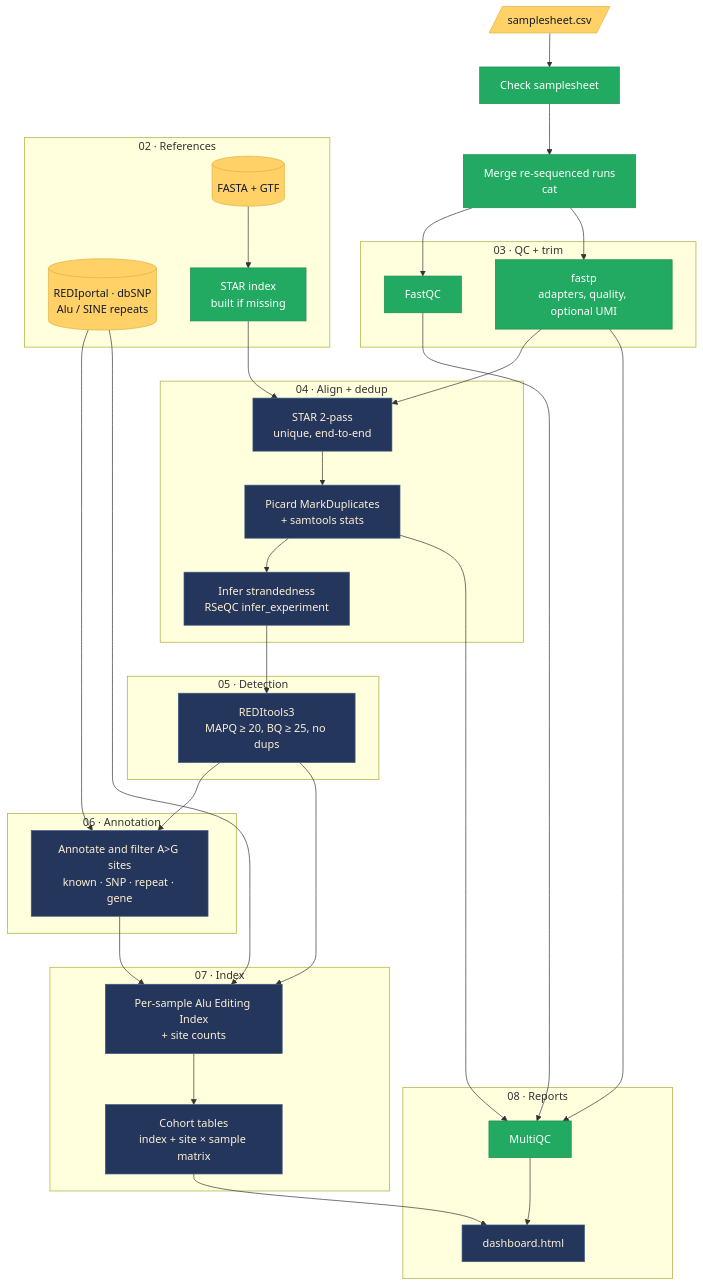
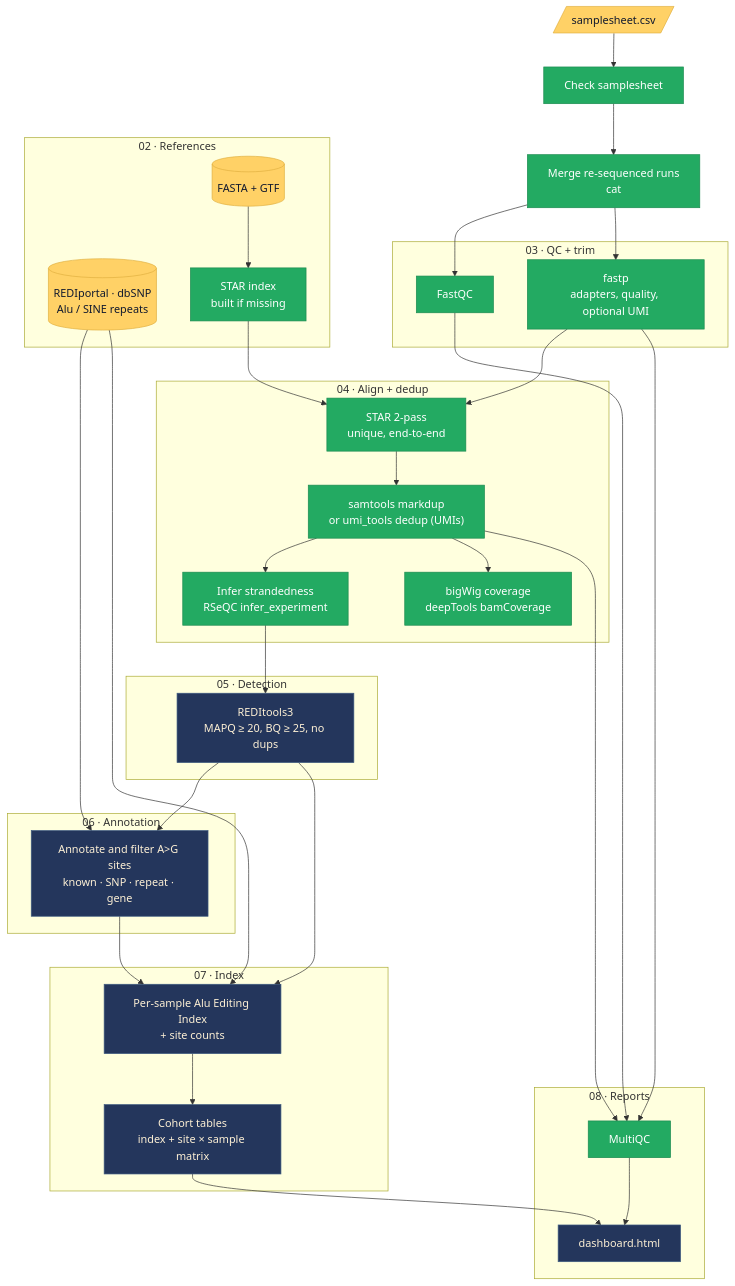
The diagram in README.md (bioinfo-fiend/adarable), drawn with Mermaid before and after one commit. The commit also changed other lines of this file and 14 other files, not shown here.

First line of the commit message:
Phase 04: STAR 2-pass, dedup, strandedness, bigWigs

````diff
--- a/README.md
+++ b/README.md
@@ -19,64 +19,66 @@
 ```mermaid
 flowchart TD
     sheet[/"samplesheet.csv"/] --> check["Check samplesheet"]
     check --> cat["Merge re-sequenced runs<br/>cat"]
 
     subgraph qc ["03 · QC + trim"]
         fastqc["FastQC"]
         fastp["fastp<br/>adapters, quality, optional UMI"]
     end
     cat --> fastqc
     cat --> fastp
 
     subgraph refs ["02 · References"]
         fasta[("FASTA + GTF")]
         known[("REDIportal · dbSNP<br/>Alu / SINE repeats")]
         index["STAR index<br/>built if missing"]
     end
     fasta --> index
 
     subgraph align ["04 · Align + dedup"]
         star["STAR 2-pass<br/>unique, end-to-end"]
-        markdup["Picard MarkDuplicates<br/>+ samtools stats"]
+        markdup["samtools markdup<br/>or umi_tools dedup (UMIs)"]
+        bigwig["bigWig coverage<br/>deepTools bamCoverage"]
         strand["Infer strandedness<br/>RSeQC infer_experiment"]
     end
     fastp --> star
     index --> star
     star --> markdup --> strand
+    markdup --> bigwig
 
     subgraph detect ["05 · Detection"]
         redi["REDItools3<br/>MAPQ ≥ 20, BQ ≥ 25, no dups"]
     end
     strand --> redi
 
     subgraph annot ["06 · Annotation"]
         ann["Annotate and filter A>G sites<br/>known · SNP · repeat · gene"]
     end
     redi --> ann
     known --> ann
 
     subgraph index_ ["07 · Index"]
         aei["Per-sample Alu Editing Index<br/>+ site counts"]
         cohort["Cohort tables<br/>index + site × sample matrix"]
     end
     redi --> aei
     known --> aei
     ann --> aei --> cohort
 
     subgraph report ["08 · Reports"]
         mqc["MultiQC"]
         dash["dashboard.html"]
     end
     fastqc --> mqc
     fastp --> mqc
     markdup --> mqc
     cohort --> dash
     mqc --> dash
 
     classDef done fill:#23aa62,stroke:#1b8a4f,color:#fff
     classDef todo fill:#24365c,stroke:#3d5a80,color:#fdf0d5
     classDef data fill:#ffd166,stroke:#e0b040,color:#11192e
-    class check,cat,index,fastqc,fastp,mqc done
-    class star,markdup,strand,redi,ann,aei,cohort,dash todo
+    class check,cat,index,fastqc,fastp,mqc,star,markdup,strand,bigwig done
+    class redi,ann,aei,cohort,dash todo
     class sheet,fasta,known data
 ```
````
